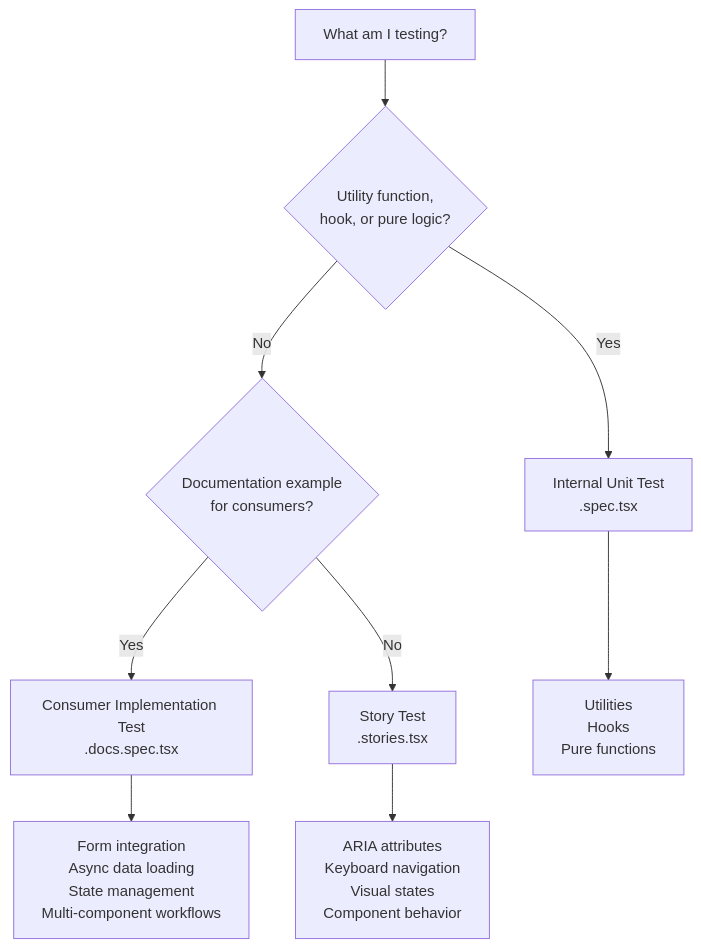
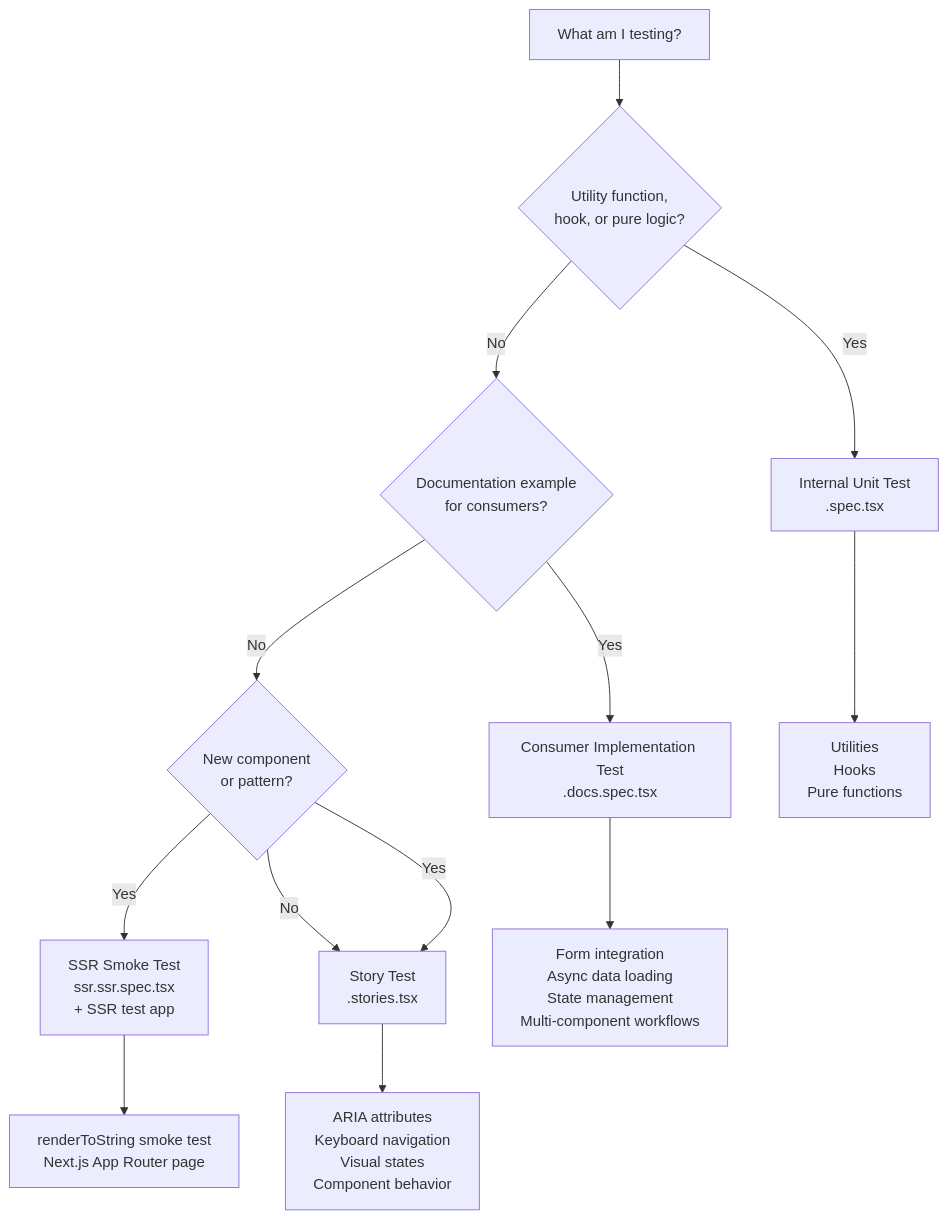
One commit to commercetools/nimbus changed the diagram in docs/file-type-guidelines/testing-strategy.md. Above: the diagram before and after it, drawn with Mermaid. The commit also changed other lines of this file and 19 other files, not shown here.

````diff
--- a/docs/file-type-guidelines/testing-strategy.md
+++ b/docs/file-type-guidelines/testing-strategy.md
@@ -160,16 +216,22 @@
 ```mermaid
 flowchart TD
     Start[What am I testing?] --> Q1{Utility function,<br/>hook, or pure logic?}
 
     Q1 -->|Yes| Unit[Internal Unit Test<br/>.spec.tsx]
     Q1 -->|No| Q2{Documentation example<br/>for consumers?}
 
     Q2 -->|Yes| Consumer[Consumer Implementation Test<br/>.docs.spec.tsx]
-    Q2 -->|No| Story[Story Test<br/>.stories.tsx]
+    Q2 -->|No| Q3{New component<br/>or pattern?}
+
+    Q3 -->|Yes| SSR[SSR Smoke Test<br/>ssr.ssr.spec.tsx<br/>+ SSR test app]
+    Q3 -->|No| Story[Story Test<br/>.stories.tsx]
+    Q3 -->|Yes| Story
 
     Consumer --> C1[Form integration<br/>Async data loading<br/>State management<br/>Multi-component workflows]
 
     Story --> S1[ARIA attributes<br/>Keyboard navigation<br/>Visual states<br/>Component behavior]
 
     Unit --> U1[Utilities<br/>Hooks<br/>Pure functions]
+
+    SSR --> SSR1[renderToString smoke test<br/>Next.js App Router page]
 ```
````
